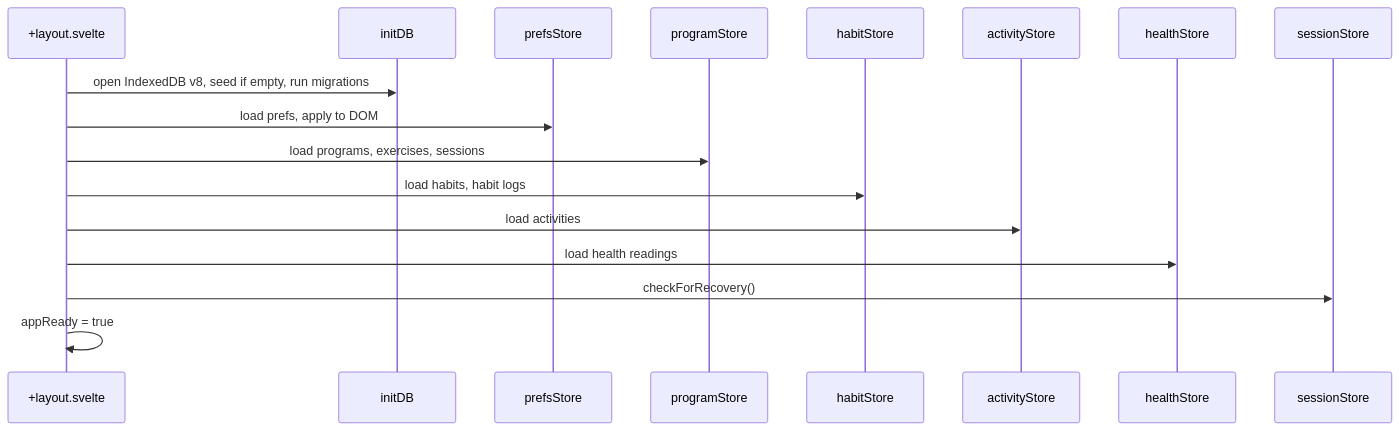
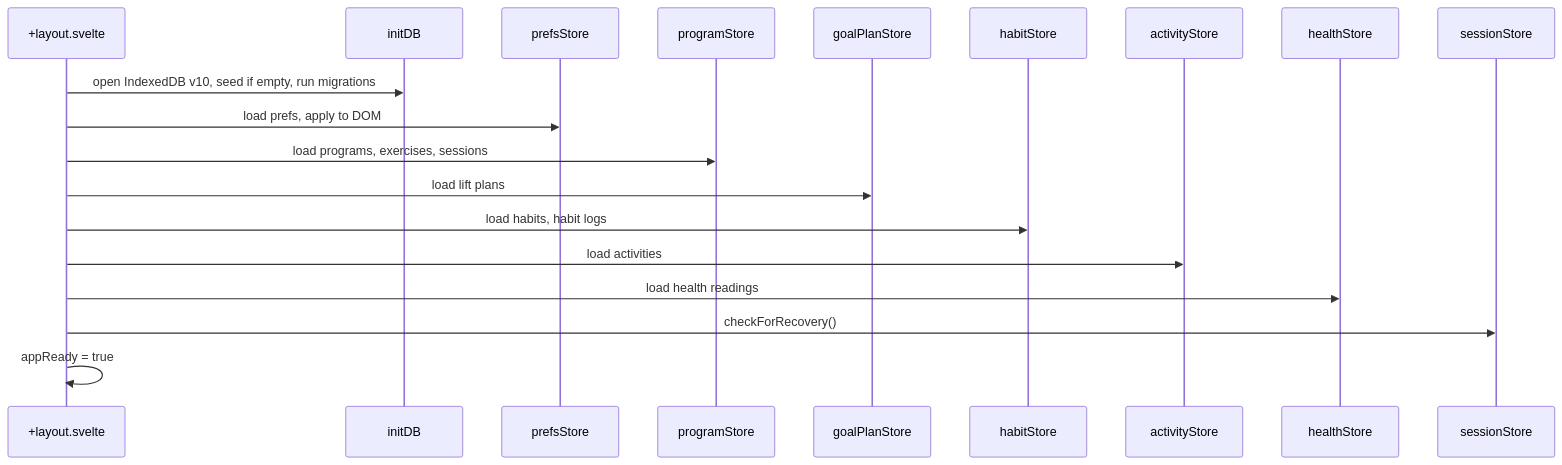
The second of 2 diagrams in docs/implementation/app-structure.md (jermbo/CosmicWorkOut), drawn with Mermaid before and after one commit. The commit also changed other lines of this file and 229 other files, not shown here.

````diff
--- a/docs/implementation/app-structure.md
+++ b/docs/implementation/app-structure.md
@@ -74,20 +86,22 @@
 ```mermaid
 sequenceDiagram
     participant L as +layout.svelte
     participant DB as initDB
     participant P as prefsStore
     participant Prog as programStore
+    participant GP as goalPlanStore
     participant H as habitStore
     participant A as activityStore
     participant He as healthStore
     participant S as sessionStore
 
-    L->>DB: open IndexedDB v8, seed if empty, run migrations
+    L->>DB: open IndexedDB v10, seed if empty, run migrations
     L->>P: load prefs, apply to DOM
     L->>Prog: load programs, exercises, sessions
+    L->>GP: load lift plans
     L->>H: load habits, habit logs
     L->>A: load activities
     L->>He: load health readings
     L->>S: checkForRecovery()
     L->>L: appReady = true
 ```
````
